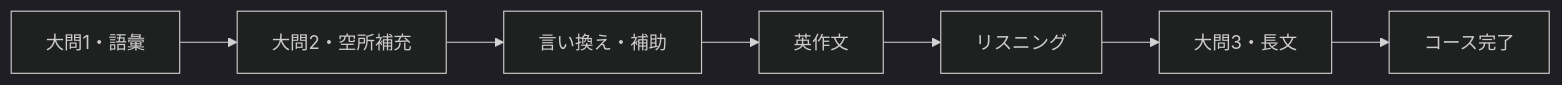
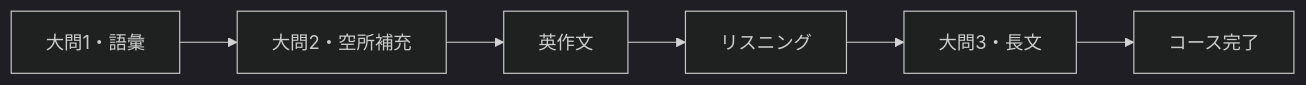
One commit to shtomi-tech/eiken2-q1-app changed the first of 2 diagrams in docs/STATE_TRANSITIONS.md. Above: the diagram before and after it, drawn with Mermaid (dark theme). The commit also changed other lines of this file and 16 other files, not shown here.

Commit message:
Simplify Eiken serial learning flow

````diff
--- a/docs/STATE_TRANSITIONS.md
+++ b/docs/STATE_TRANSITIONS.md
@@ -73,9 +73,8 @@
 ```mermaid
 flowchart LR
   Q1["大問1・語彙"] --> Q2["大問2・空所補充"]
-  Q2 --> P["言い換え・補助"]
-  P --> W["英作文"]
+  Q2 --> W["英作文"]
   W --> D["リスニング"]
   D --> Q3["大問3・長文"]
   Q3 --> FIN["コース完了"]
 ```
````
